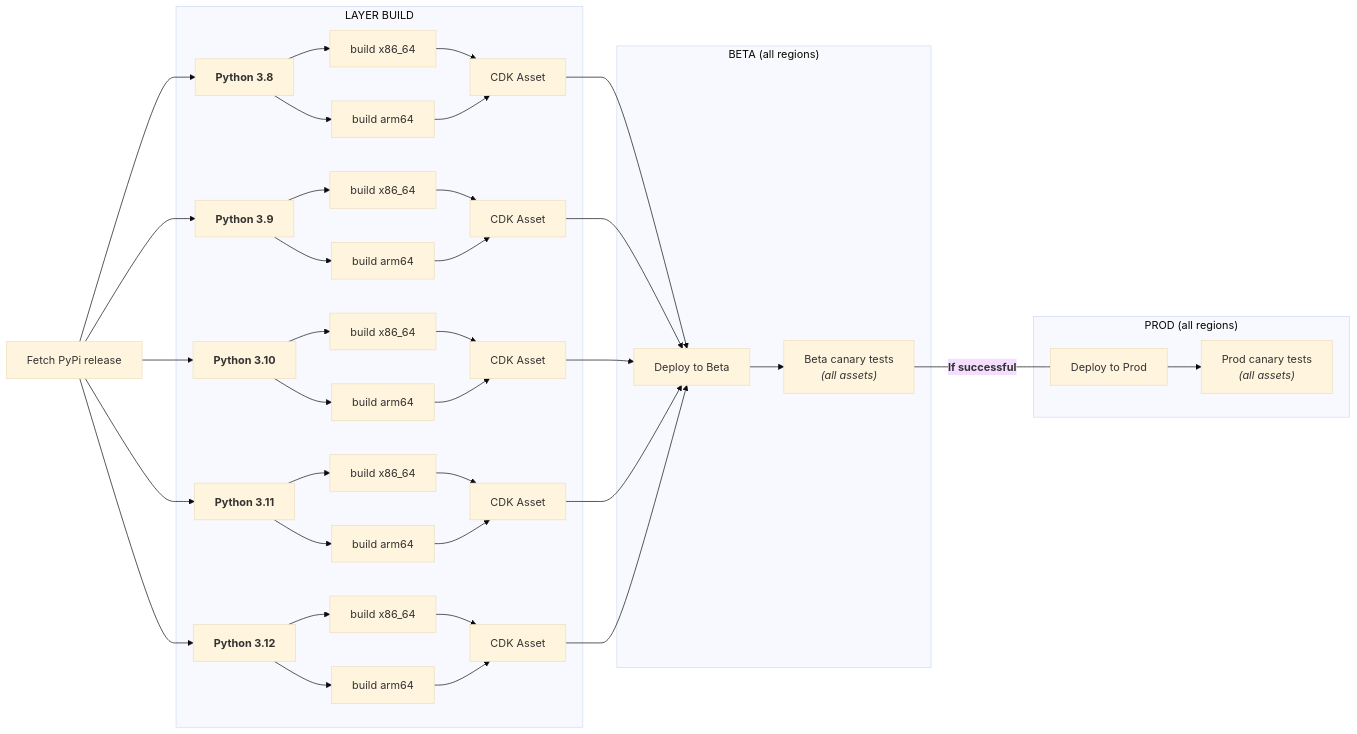
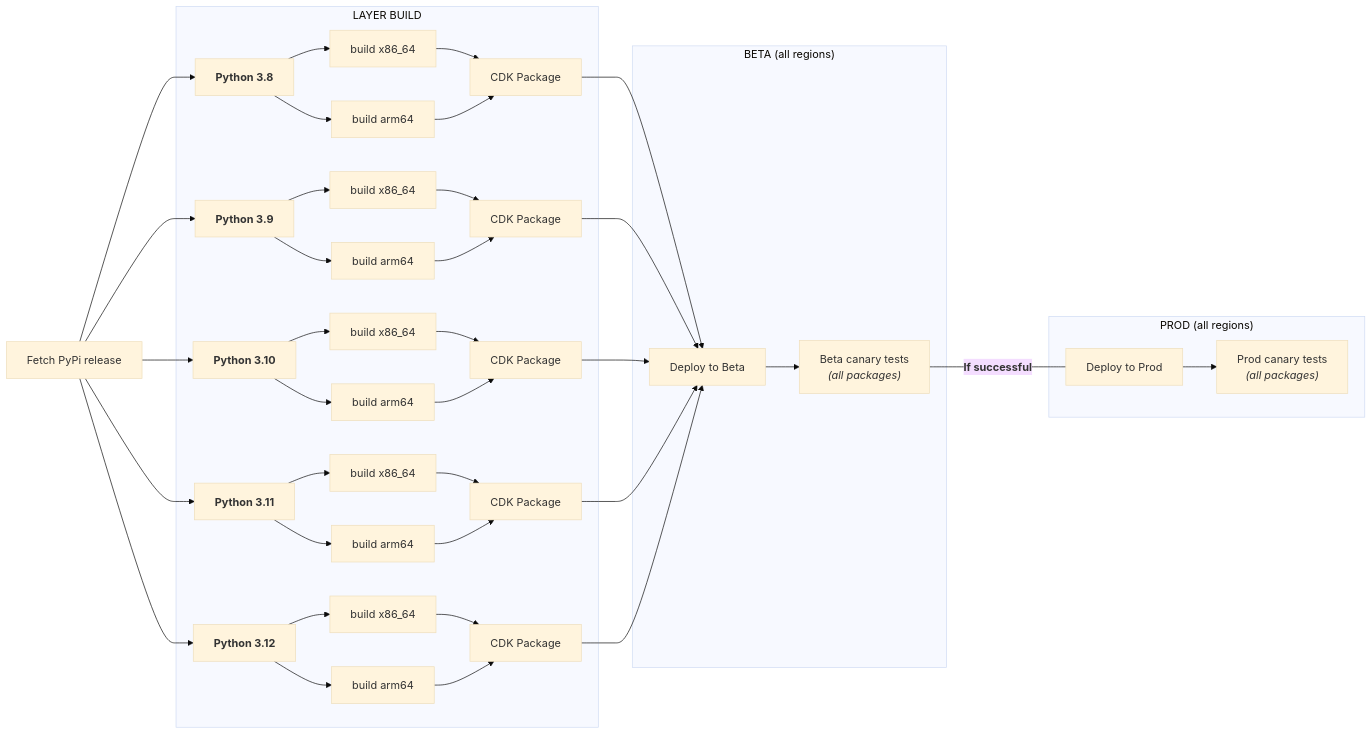
Before and after one commit to aws-powertools/powertools-lambda-python: the diagram in docs/automation.md, drawn with Mermaid (base theme). The commit also changed other lines of this file, not shown here.

Commit message:
Addressing Heitor's feedback

````diff
--- a/docs/automation.md
+++ b/docs/automation.md
@@ -100,45 +107,45 @@
 ```mermaid
 graph LR
     Fetch[Fetch PyPi release] --> P38[<strong>Python 3.8</strong>]
     Fetch --> P39[<strong>Python 3.9</strong>]
     Fetch --> P310[<strong>Python 3.10</strong>]
     Fetch --> P311[<strong>Python 3.11</strong>]
     Fetch --> P312[<strong>Python 3.12</strong>]
 
     subgraph build ["LAYER BUILD"]
       P38 --> P38x86[build x86_64]
       P38 --> P38arm64[build arm64]
 
       P39 --> P39x86[build x86_64]
       P39 --> P39arm64[build arm64]
       P310 --> P310x86[build x86_64]
       P310 --> P310arm64[build arm64]
       P311 --> P311x86[build x86_64]
       P311 --> P311arm64[build arm64]
       P312 --> P312x86[build x86_64]
       P312 --> P312arm64[build arm64]
-      P38x86 --> CDKP1[CDK Asset]
-      P38arm64 --> CDKP1[CDK Asset]
-      P39x86 --> CDKP2[CDK Asset]
-      P39arm64 --> CDKP2[CDK Asset]
-      P310x86 --> CDKP3[CDK Asset]
-      P310arm64 --> CDKP3[CDK Asset]
-      P311x86 --> CDKP4[CDK Asset]
-      P311arm64 --> CDKP4[CDK Asset]
-      P312x86 --> CDKP5[CDK Asset]
-      P312arm64 --> CDKP5[CDK Asset]
+      P38x86 --> CDKP1[CDK Package]
+      P38arm64 --> CDKP1[CDK Package]
+      P39x86 --> CDKP2[CDK Package]
+      P39arm64 --> CDKP2[CDK Package]
+      P310x86 --> CDKP3[CDK Package]
+      P310arm64 --> CDKP3[CDK Package]
+      P311x86 --> CDKP4[CDK Package]
+      P311arm64 --> CDKP4[CDK Package]
+      P312x86 --> CDKP5[CDK Package]
+      P312arm64 --> CDKP5[CDK Package]
     end
 
     subgraph beta ["BETA (all regions)"]
       CDKP1 --> DeployBeta[Deploy to Beta]
       CDKP2 --> DeployBeta
       CDKP3 --> DeployBeta
       CDKP4 --> DeployBeta
       CDKP5 --> DeployBeta
-      DeployBeta --> RunBetaCanary["Beta canary tests<br> <i>(all assets)</i>"]
+      DeployBeta --> RunBetaCanary["Beta canary tests<br> <i>(all packages)</i>"]
     end
     subgraph prod ["PROD (all regions)"]
         RunBetaCanary---|<strong>If successful</strong>|DeployProd[Deploy to Prod]
-        DeployProd --> RunProdCanary["Prod canary tests<br> <i>(all assets)</i>"]
+        DeployProd --> RunProdCanary["Prod canary tests<br> <i>(all packages)</i>"]
     end
 ```
````
